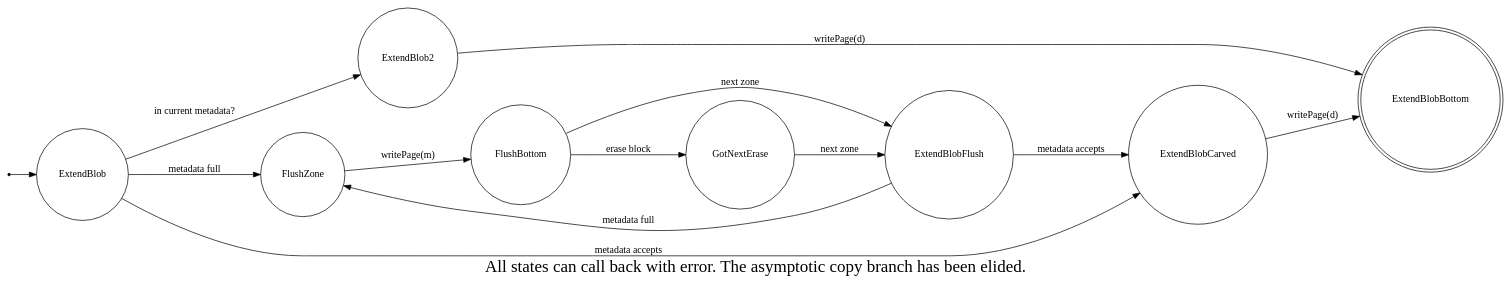
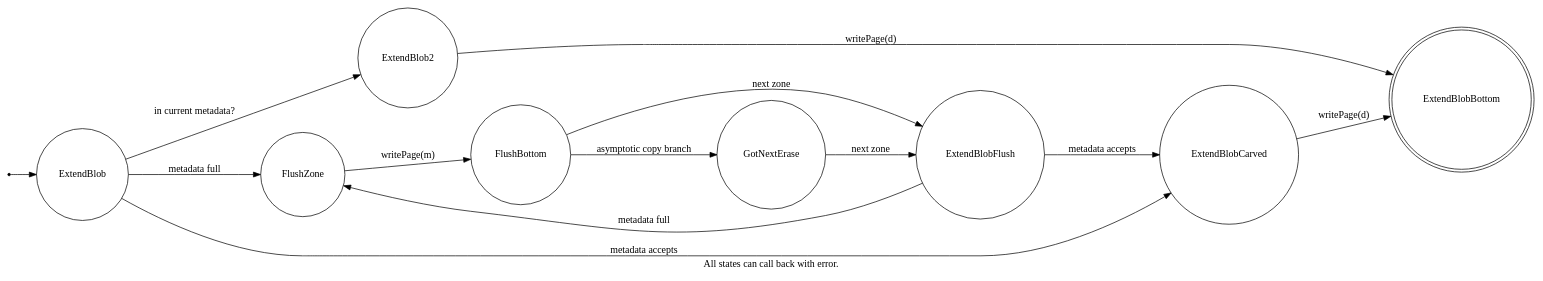
Before and after one commit to dirty-south-supercomputing/technicalreports: the diagram in 002-µnandfs/ExtendBlob.dot, drawn with Graphviz. The commit also changed 2 other files, not shown here.

```diff
--- a/002-µnandfs/ExtendBlob.dot
+++ b/002-µnandfs/ExtendBlob.dot
@@ -1,21 +1,20 @@
 digraph ExtendBlob {
     rankdir=LR;
-    fontsize=24;
-    label="All states can call back with error. The asymptotic copy branch has been elided.";
+    label="All states can call back with error.";
     node [shape = doublecircle]; ExtendBlobBottom;
     node [shape = point ]; qi
 
     node [shape = circle];
     qi -> ExtendBlob;
     ExtendBlob -> ExtendBlob2 [ label = "in current metadata?" ];
     ExtendBlob2 -> ExtendBlobBottom  [ label = "writePage(d)" ];
     ExtendBlob -> FlushZone  [ label = "metadata full" ];
     ExtendBlob -> ExtendBlobCarved [ label = "metadata accepts" ];
     FlushZone -> FlushBottom [ label = "writePage(m)" ];
     FlushBottom -> ExtendBlobFlush [ label = "next zone" ];
-    FlushBottom -> GotNextErase [ label = "erase block" ];
+    FlushBottom -> GotNextErase [ label = "asymptotic copy branch" ];
     GotNextErase -> ExtendBlobFlush [ label = "next zone" ];
     ExtendBlobFlush -> ExtendBlobCarved [ label = "metadata accepts" ];
     ExtendBlobFlush -> FlushZone [ label = "metadata full" ];
     ExtendBlobCarved -> ExtendBlobBottom [ label = "writePage(d)" ];
 }
```
